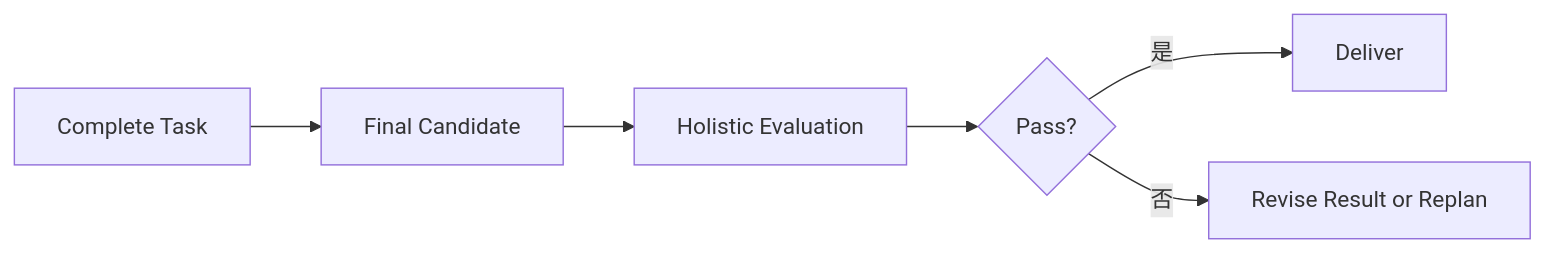
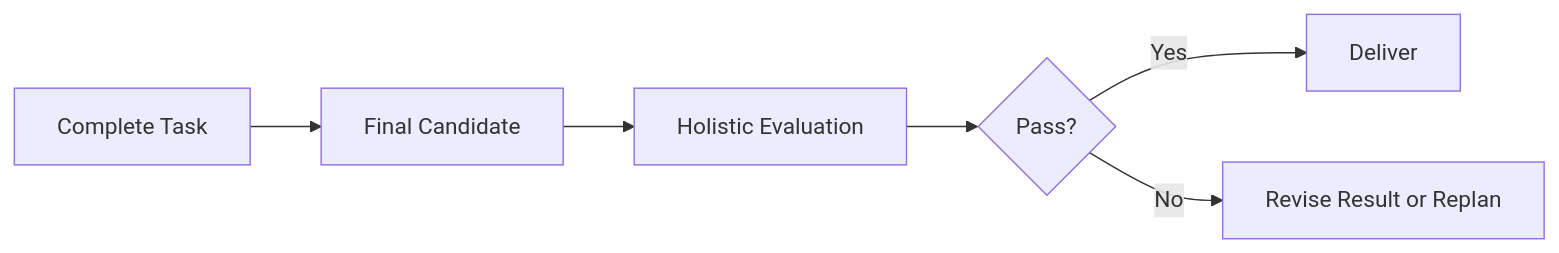
The eighth of 23 diagrams in docs/agent/02-reasoning-planning/12-agent-reflection.md (oneleaveknowsthefall/awesome-ai-roadmap), drawn with Mermaid before and after one commit. The commit also changed other lines of this file and 68 other files, not shown here.

````diff
--- a/docs/agent/02-reasoning-planning/12-agent-reflection.md
+++ b/docs/agent/02-reasoning-planning/12-agent-reflection.md
@@ -247,8 +247,8 @@
 ```mermaid
 flowchart LR
     TASK[Complete Task] --> OUT[Final Candidate]
     OUT --> E[Holistic Evaluation]
     E --> D{Pass?}
-    D -->|是| DONE[Deliver]
-    D -->|否| R[Revise Result or Replan]
+    D -->|Yes| DONE[Deliver]
+    D -->|No| R[Revise Result or Replan]
 ```
````
